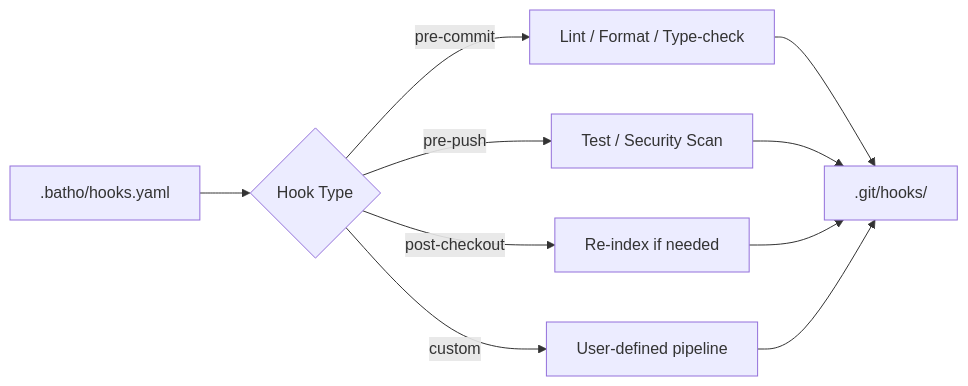
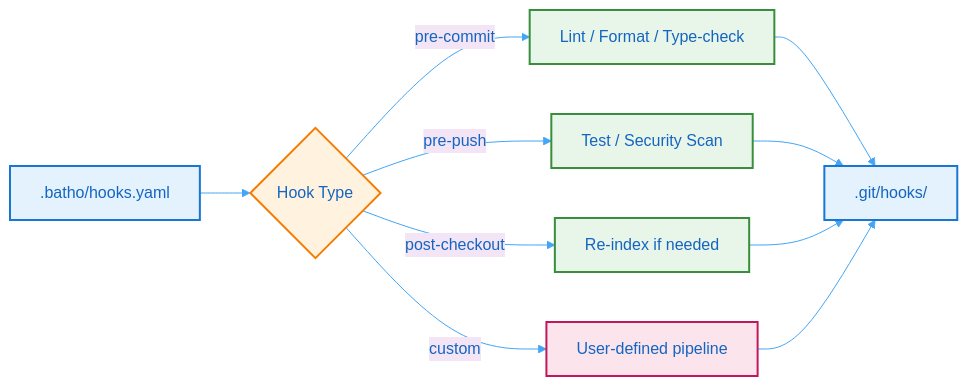
One commit to sageoz/Batho changed the diagram in docs-site/docs/whitepaper/git-hooks.md. Above: the diagram before and after it, drawn with Mermaid. The commit also changed other lines of this file and 31 other files, not shown here.

````diff
--- a/docs-site/docs/whitepaper/git-hooks.md
+++ b/docs-site/docs/whitepaper/git-hooks.md
@@ -13,12 +13,21 @@
 ```mermaid
+%%{init: {'theme': 'base', 'themeVariables': { 'primaryColor': '#e3f2fd', 'primaryTextColor': '#1565c0', 'primaryBorderColor': '#1976d2', 'lineColor': '#42a5f5', 'secondaryColor': '#f3e5f5', 'tertiaryColor': '#e8f5e9'}}}%%
 flowchart LR
     A[.batho/hooks.yaml] --> B{Hook Type}
     B -->|pre-commit| C[Lint / Format / Type-check]
     B -->|pre-push| D[Test / Security Scan]
     B -->|post-checkout| E[Re-index if needed]
     B -->|custom| F[User-defined pipeline]
     C --> G[.git/hooks/]
     D --> G
     E --> G
     F --> G
+
+    style A fill:#e3f2fd,stroke:#1976d2,stroke-width:2px
+    style B fill:#fff3e0,stroke:#f57c00,stroke-width:2px
+    style C fill:#e8f5e9,stroke:#388e3c,stroke-width:2px
+    style D fill:#e8f5e9,stroke:#388e3c,stroke-width:2px
+    style E fill:#e8f5e9,stroke:#388e3c,stroke-width:2px
+    style F fill:#fce4ec,stroke:#c2185b,stroke-width:2px
+    style G fill:#e3f2fd,stroke:#1976d2,stroke-width:2px
 ```
````
